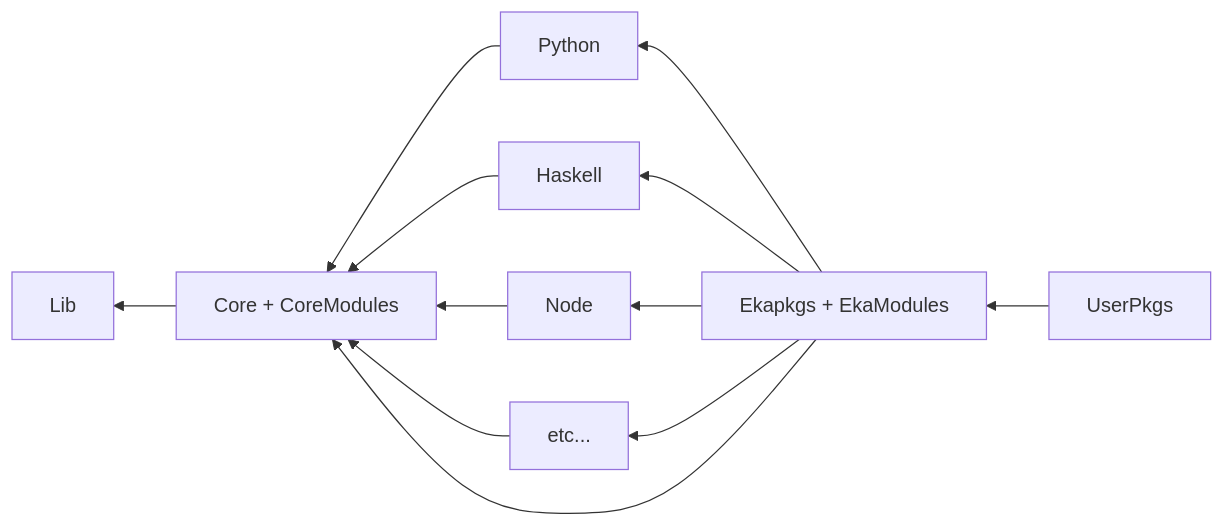
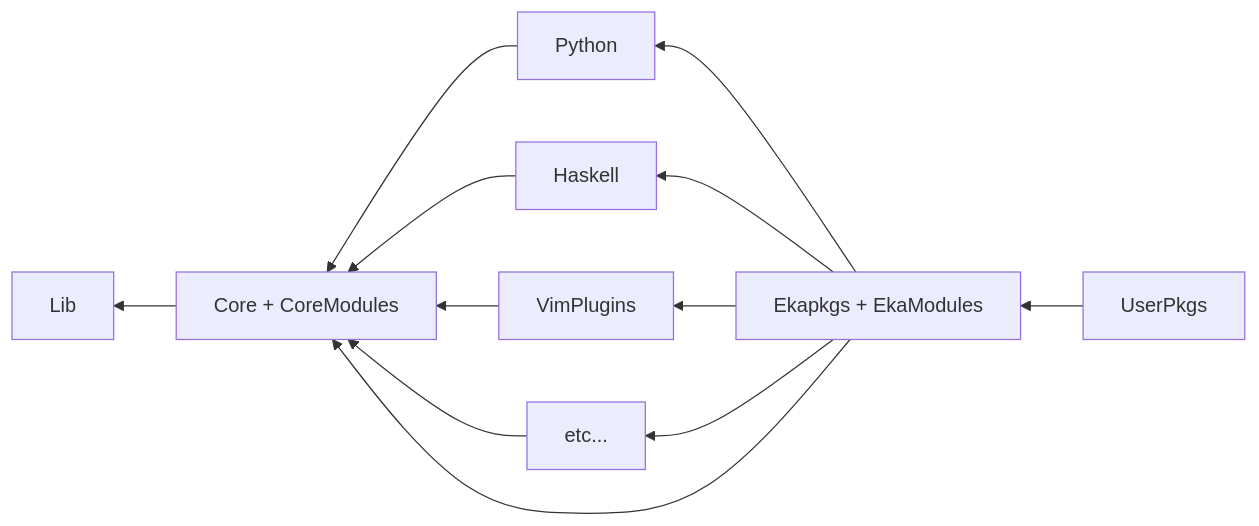
The diagram in README.md (ekala-project/ekapkgs-roadmap), drawn with Mermaid before and after one commit. The commit also changed other lines of this file, not shown here.

````diff
--- a/README.md
+++ b/README.md
@@ -32,16 +32,16 @@
 ```mermaid
 flowchart RL
     ekapkgs["Ekapkgs + EkaModules"]
     Core["Core + CoreModules"]
     Core --> Lib
     Python --> Core
     Haskell --> Core
-    Node --> Core
+    VimPlugins --> Core
     etc... --> Core
     ekapkgs --> Core
     ekapkgs --> Python
     ekapkgs --> Haskell
-    ekapkgs --> Node
+    ekapkgs --> VimPlugins
     ekapkgs --> etc...
     UserPkgs --> ekapkgs
 ```
````
